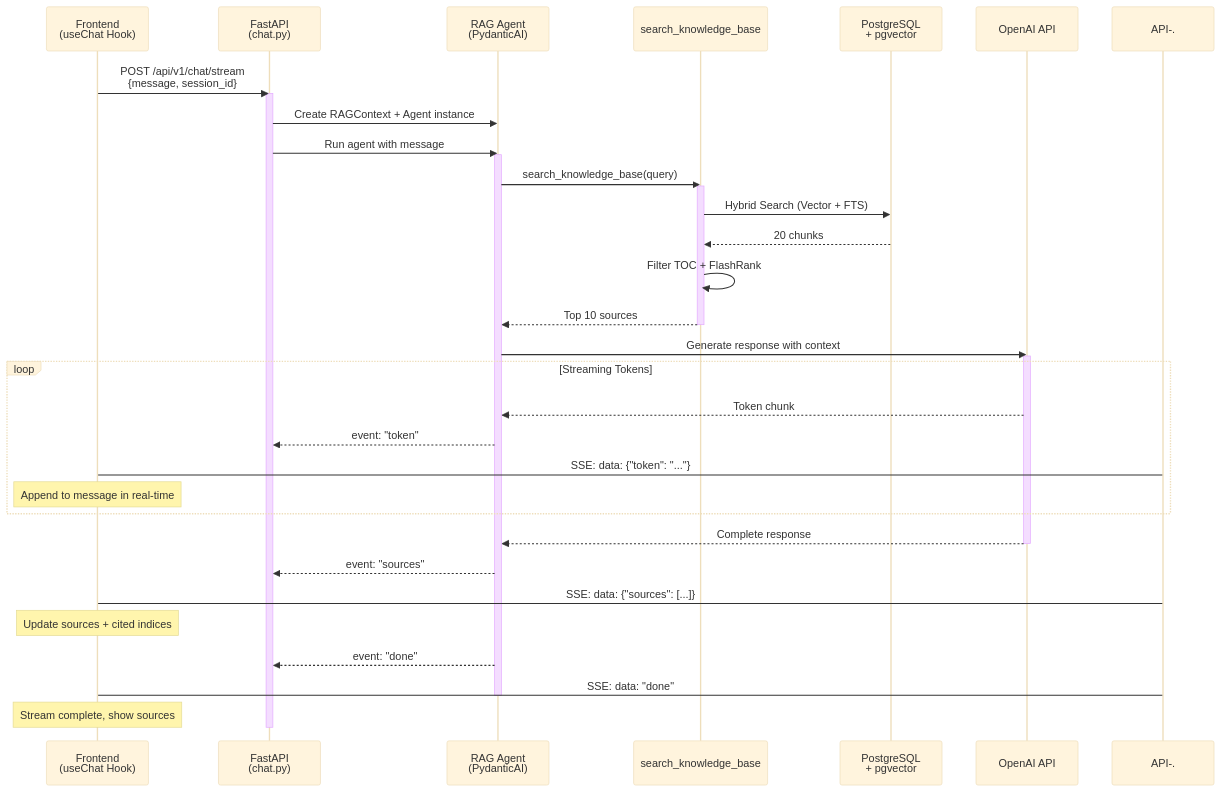
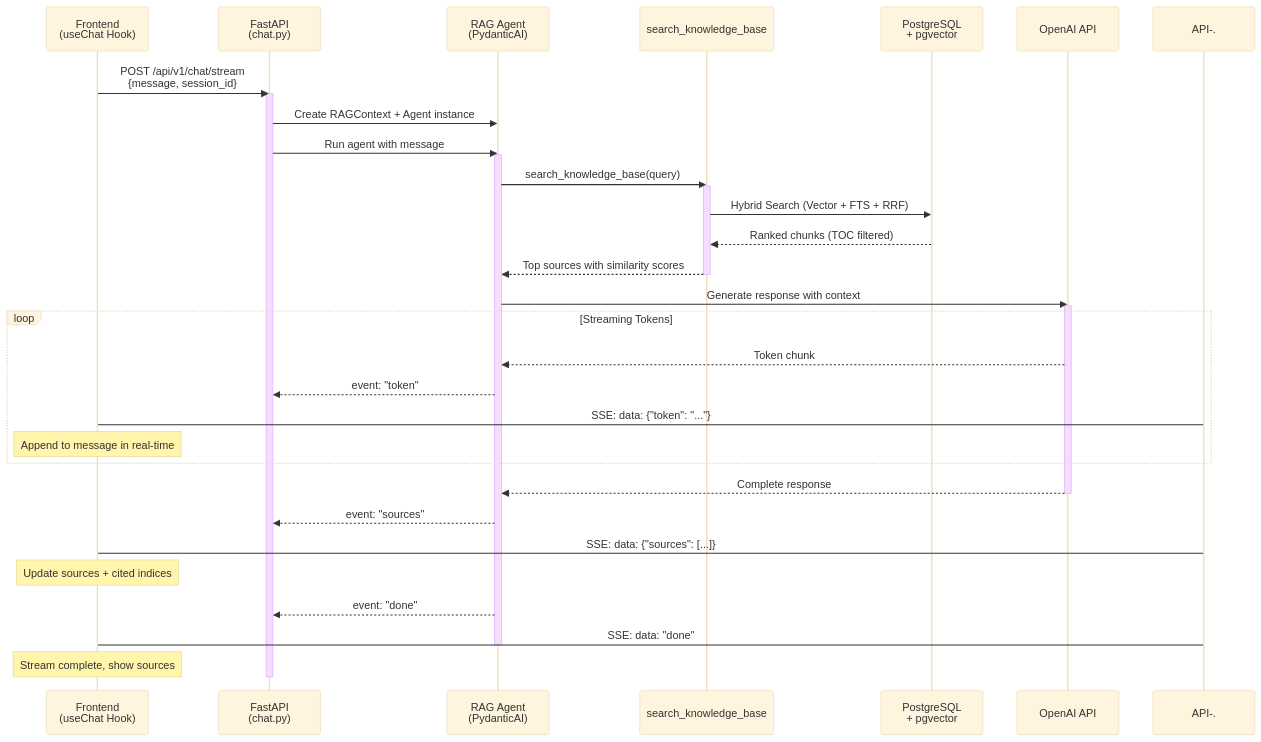
The third of 4 diagrams in README.md (ggustin93/nextjs-fastapi-rag), drawn with Mermaid (base theme) before and after one commit. The commit also changed other lines of this file and 8 other files, not shown here.

````diff
--- a/README.md
+++ b/README.md
@@ -164,48 +164,47 @@
 ```mermaid
 sequenceDiagram
     participant FE as Frontend<br/>(useChat Hook)
     participant API as FastAPI<br/>(chat.py)
     participant Agent as RAG Agent<br/>(PydanticAI)
     participant Tools as search_knowledge_base
     participant DB as PostgreSQL<br/>+ pgvector
     participant LLM as OpenAI API
 
     FE->>API: POST /api/v1/chat/stream<br/>{message, session_id}
     activate API
 
     API->>Agent: Create RAGContext + Agent instance
     API->>Agent: Run agent with message
     activate Agent
 
     Agent->>Tools: search_knowledge_base(query)
     activate Tools
-    Tools->>DB: Hybrid Search (Vector + FTS)
-    DB-->>Tools: 20 chunks
-    Tools->>Tools: Filter TOC + FlashRank
-    Tools-->>Agent: Top 10 sources
+    Tools->>DB: Hybrid Search (Vector + FTS + RRF)
+    DB-->>Tools: Ranked chunks (TOC filtered)
+    Tools-->>Agent: Top sources with similarity scores
     deactivate Tools
 
     Agent->>LLM: Generate response with context
     activate LLM
 
     loop Streaming Tokens
         LLM-->>Agent: Token chunk
         Agent-->>API: event: "token"
         API-.->FE: SSE: data: {"token": "..."}
         Note over FE: Append to message in real-time
     end
 
     LLM-->>Agent: Complete response
     deactivate LLM
 
     Agent-->>API: event: "sources"
     API-.->FE: SSE: data: {"sources": [...]}
     Note over FE: Update sources + cited indices
 
     Agent-->>API: event: "done"
     API-.->FE: SSE: data: "done"
     deactivate Agent
 
     Note over FE: Stream complete, show sources
     deactivate API
 ```
````
